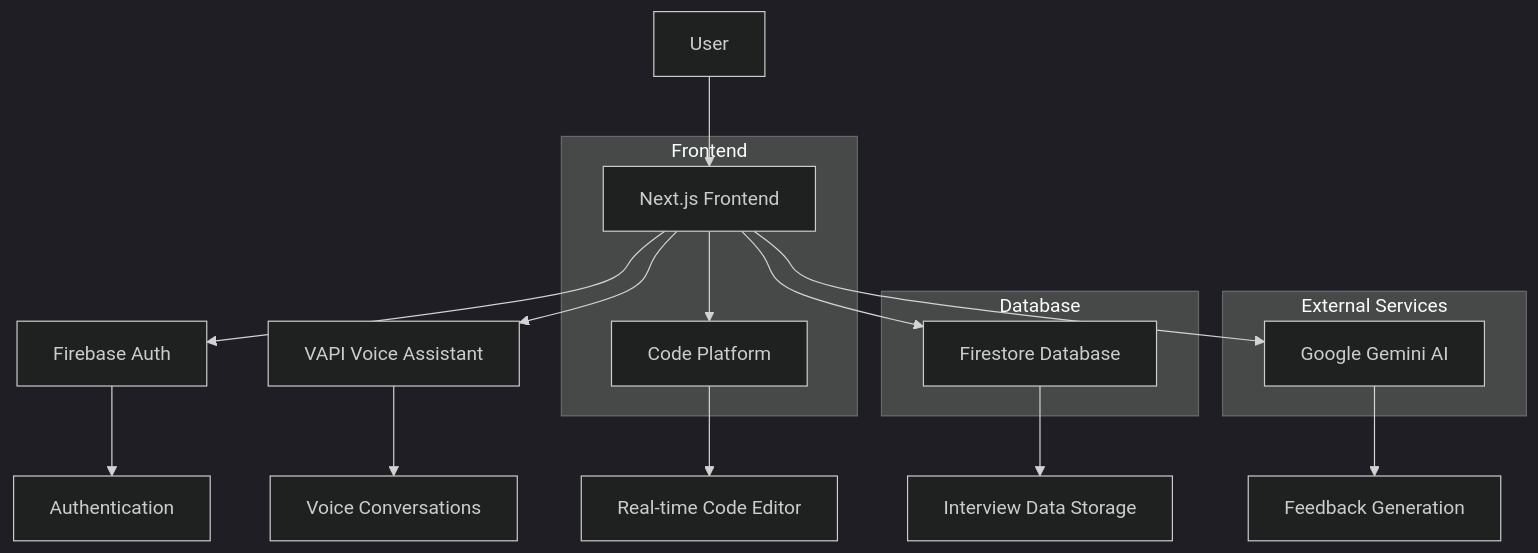
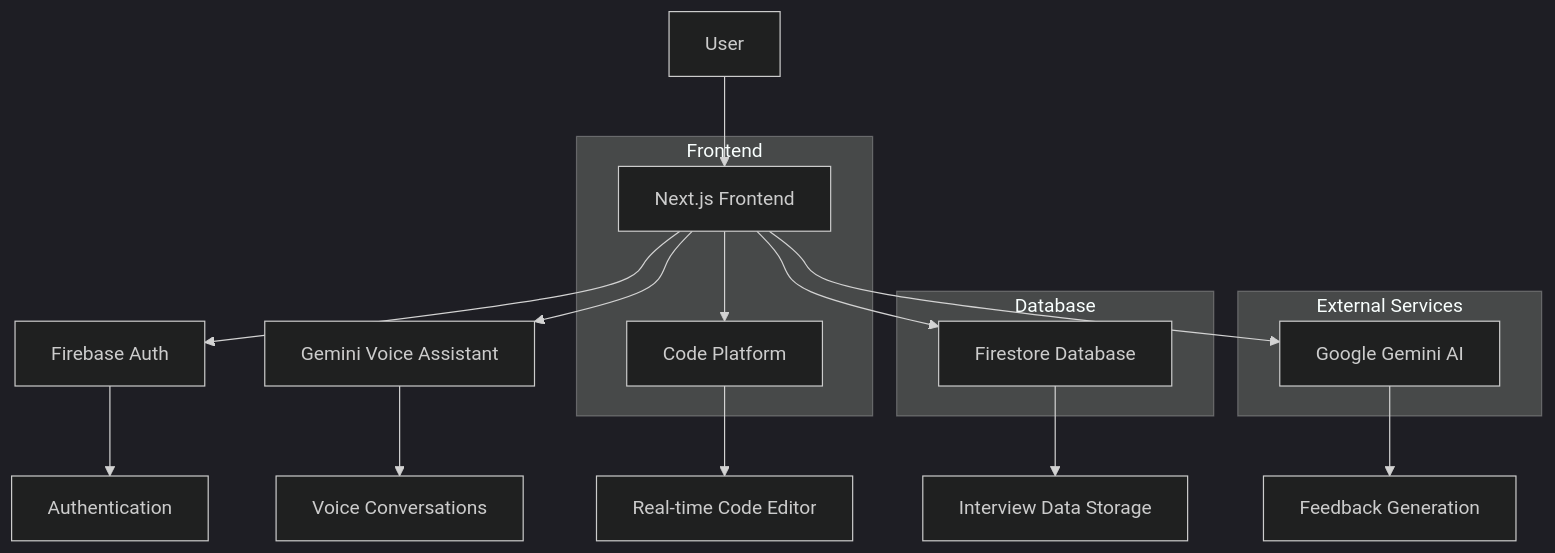
Before and after one commit to Ritesh771/AI-Interview-Neuro-Sync: the diagram in README.md, drawn with Mermaid (dark theme). The commit also changed other lines of this file and 17 other files, not shown here.

````diff
--- a/README.md
+++ b/README.md
@@ -148,28 +145,28 @@
 ```mermaid
 graph TB
     A[User] --> B[Next.js Frontend]
     B --> C[Firebase Auth]
     B --> D[Firestore Database]
-    B --> E[VAPI Voice Assistant]
+    B --> E[Gemini Voice Assistant]
     B --> F[Google Gemini AI]
     B --> G[Code Platform]
 
     C --> H[Authentication]
     D --> I[Interview Data Storage]
     E --> J[Voice Conversations]
     F --> K[Feedback Generation]
     G --> L[Real-time Code Editor]
 
     subgraph "External Services"
         F
     end
 
     subgraph "Database"
         D
     end
 
     subgraph "Frontend"
         B
         G
     end
 ```
````
